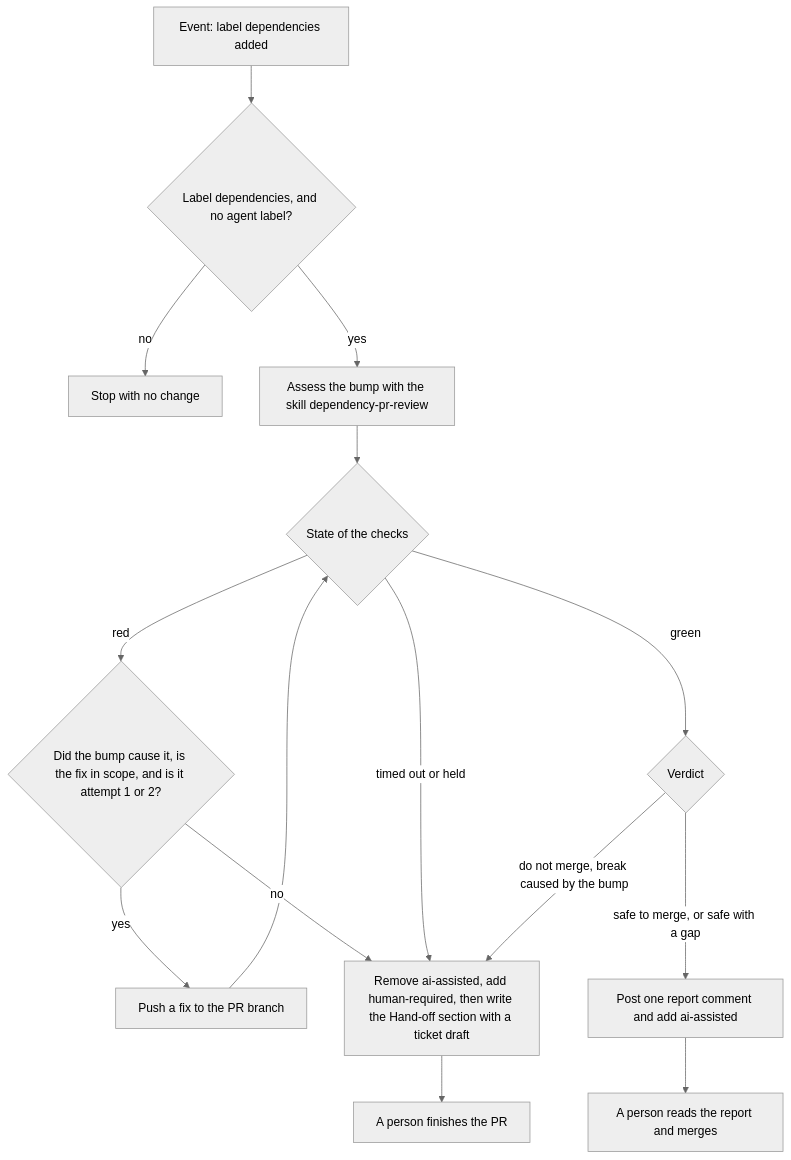
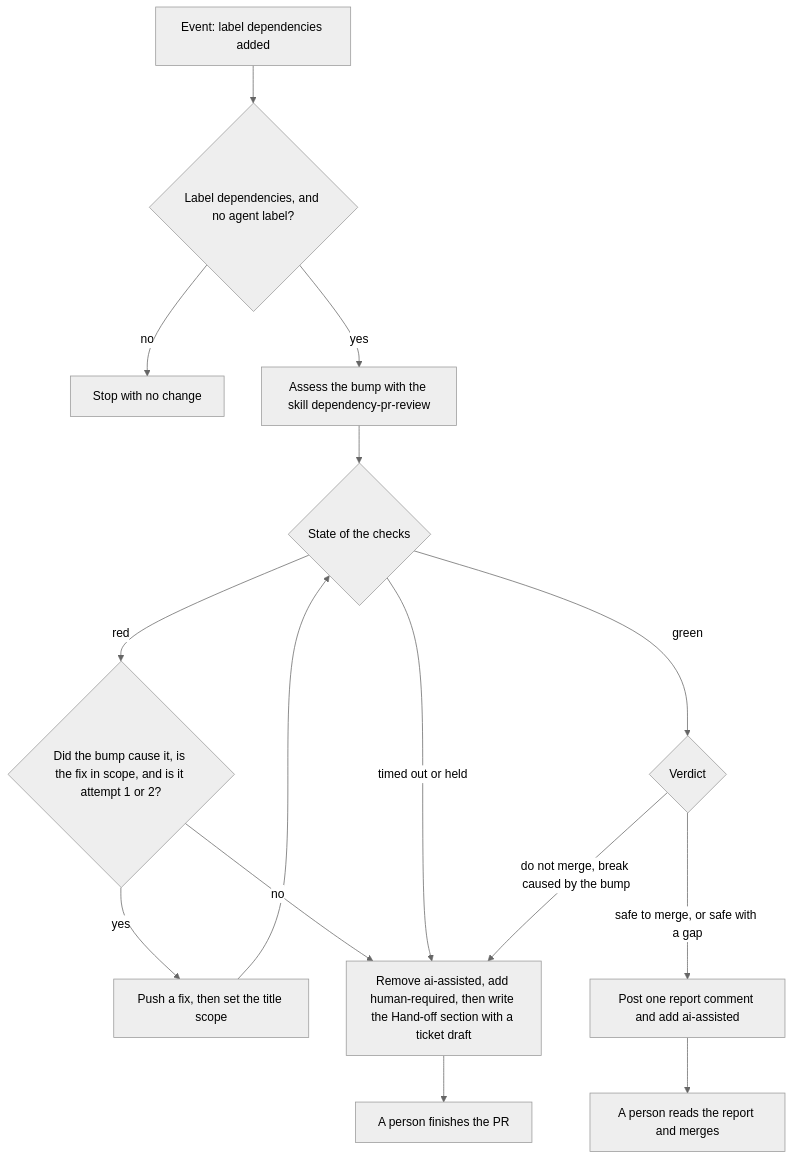
The third of 7 diagrams in docs/security/dependencies.md (Unique-AG/connectors), drawn with Mermaid (neutral theme) before and after one commit. The commit also changed other lines of this file and 2 other files, not shown here.

Commit message:
docs(main): sweep the security docs to tables, diagrams, and short sentences

````diff
--- a/docs/security/dependencies.md
+++ b/docs/security/dependencies.md
@@ -34,17 +59,17 @@
 ```mermaid
 flowchart TD
   opened[Event: label dependencies added] --> labels{"Label dependencies, and no agent label?"}
   labels -->|no| stop[Stop with no change]
   labels -->|yes| assess[Assess the bump with the skill dependency-pr-review]
   assess --> ci{State of the checks}
   ci -->|green| verdict{Verdict}
   ci -->|red| cause{"Did the bump cause it, is the fix in scope, and is it attempt 1 or 2?"}
-  cause -->|yes| fix[Push a fix to the PR branch]
+  cause -->|yes| fix[Push a fix, then set the title scope]
   fix --> ci
   cause -->|no| handoff["Remove ai-assisted, add human-required, then write the Hand-off section with a ticket draft"]
   ci -->|timed out or held| handoff
   verdict -->|safe to merge, or safe with a gap| report[Post one report comment and add ai-assisted]
   verdict -->|do not merge, break caused by the bump| handoff
   report --> merge[A person reads the report and merges]
   handoff --> finish[A person finishes the PR]
 ```
````
